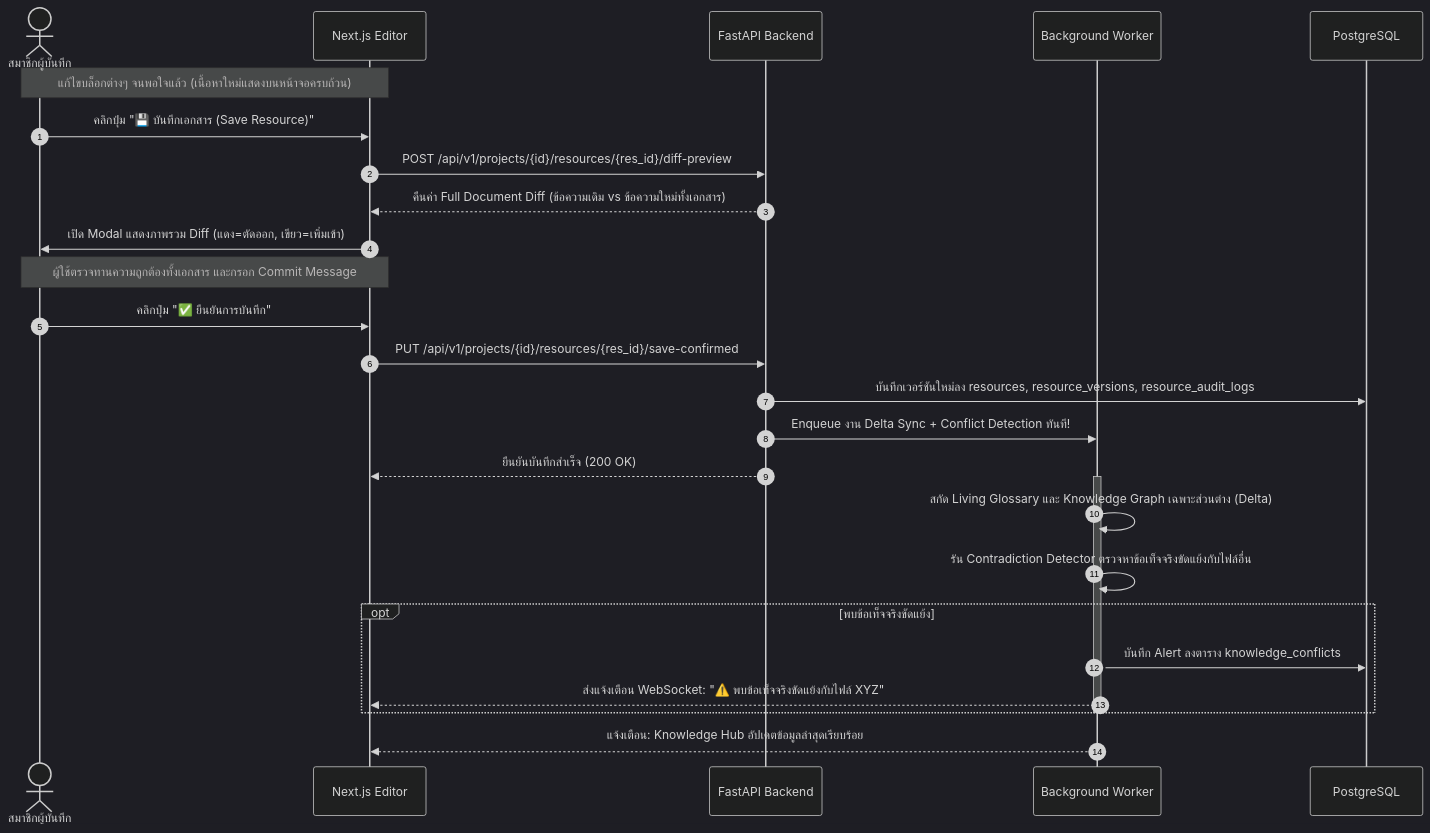
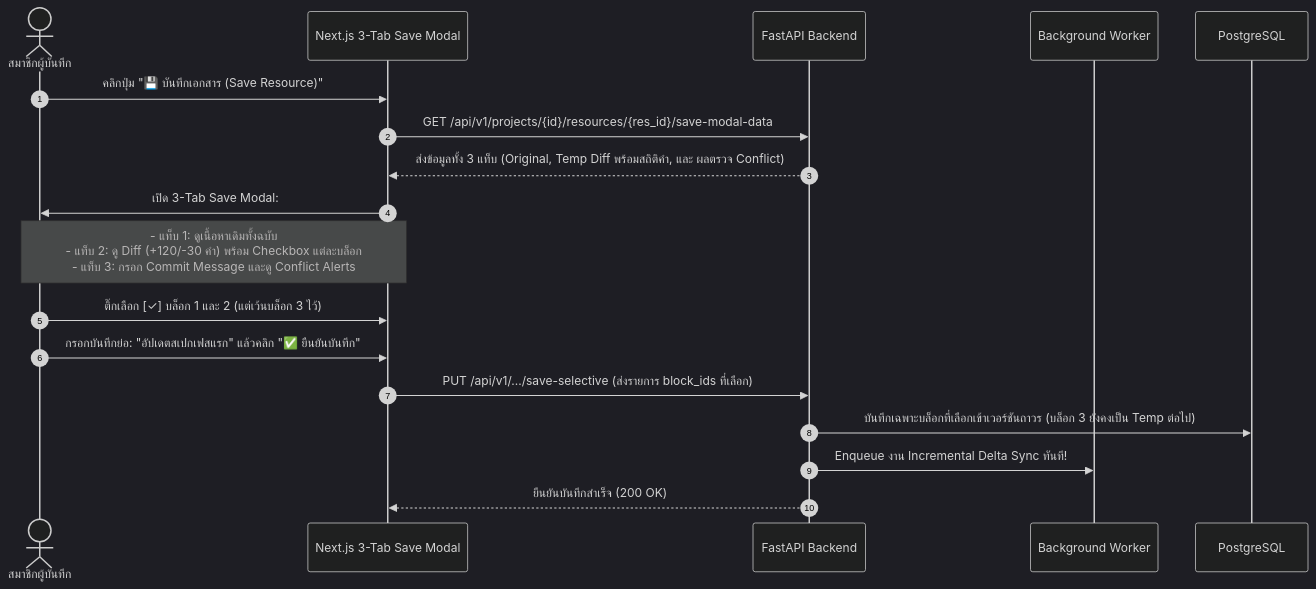
The second of 3 diagrams in docs/02_USER_JOURNEY_AND_FLOWS.md (kelsonwinith/app.projectP), drawn with Mermaid (dark theme) before and after one commit. The commit also changed other lines of this file and 6 other files, not shown here.

````diff
--- a/docs/02_USER_JOURNEY_AND_FLOWS.md
+++ b/docs/02_USER_JOURNEY_AND_FLOWS.md
@@ -40,35 +40,24 @@
 ```mermaid
 sequenceDiagram
     autonumber
     actor User as สมาชิกผู้บันทึก
-    participant UI as Next.js Editor
+    participant UI as Next.js 3-Tab Save Modal
     participant API as FastAPI Backend
     participant Worker as Background Worker
     participant DB as PostgreSQL
 
-    Note over User,UI: แก้ไขบล็อกต่างๆ จนพอใจแล้ว (เนื้อหาใหม่แสดงบนหน้าจอครบถ้วน)
     User->>UI: คลิกปุ่ม "💾 บันทึกเอกสาร (Save Resource)"
+    UI->>API: GET /api/v1/projects/{id}/resources/{res_id}/save-modal-data
+    API-->>UI: ส่งข้อมูลทั้ง 3 แท็บ (Original, Temp Diff พร้อมสถิติคำ, และ ผลตรวจ Conflict)
     
-    UI->>API: POST /api/v1/projects/{id}/resources/{res_id}/diff-preview
-    API-->>UI: คืนค่า Full Document Diff (ข้อความเดิม vs ข้อความใหม่ทั้งเอกสาร)
+    UI->>User: เปิด 3-Tab Save Modal:
+    Note over UI,User: - แท็บ 1: ดูเนื้อหาเดิมทั้งฉบับ<br/>- แท็บ 2: ดู Diff (+120/-30 คำ) พร้อม Checkbox แต่ละบล็อก<br/>- แท็บ 3: กรอก Commit Message และดู Conflict Alerts
     
-    UI->>User: เปิด Modal แสดงภาพรวม Diff (แดง=ตัดออก, เขียว=เพิ่มเข้า)
-    Note over UI,User: ผู้ใช้ตรวจทานความถูกต้องทั้งเอกสาร และกรอก Commit Message
-    User->>UI: คลิกปุ่ม "✅ ยืนยันการบันทึก"
+    User->>UI: ติ๊กเลือก [✓] บล็อก 1 และ 2 (แต่เว้นบล็อก 3 ไว้)
+    User->>UI: กรอกบันทึกย่อ: "อัปเดตสเปกเฟสแรก" แล้วคลิก "✅ ยืนยันบันทึก"
     
-    UI->>API: PUT /api/v1/projects/{id}/resources/{res_id}/save-confirmed
-    API->>DB: บันทึกเวอร์ชันใหม่ลง resources, resource_versions, resource_audit_logs
-    API->>Worker: Enqueue งาน Delta Sync + Conflict Detection ทันที!
+    UI->>API: PUT /api/v1/.../save-selective (ส่งรายการ block_ids ที่เลือก)
+    API->>DB: บันทึกเฉพาะบล็อกที่เลือกเข้าเวอร์ชันถาวร (บล็อก 3 ยังคงเป็น Temp ต่อไป)
+    API->>Worker: Enqueue งาน Incremental Delta Sync ทันที!
     API-->>UI: ยืนยันบันทึกสำเร็จ (200 OK)
-    
-    activate Worker
-    Worker->>Worker: สกัด Living Glossary และ Knowledge Graph เฉพาะส่วนต่าง (Delta)
-    Worker->>Worker: รัน Contradiction Detector ตรวจหาข้อเท็จจริงขัดแย้งกับไฟล์อื่น
-    opt พบข้อเท็จจริงขัดแย้ง
-        Worker->>DB: บันทึก Alert ลงตาราง knowledge_conflicts
-        Worker-->>UI: ส่งแจ้งเตือน WebSocket: "⚠️ พบข้อเท็จจริงขัดแย้งกับไฟล์ XYZ"
-    end
-    deactivate Worker
-    
-    Worker-->>UI: แจ้งเตือน: Knowledge Hub อัปเดตข้อมูลล่าสุดเรียบร้อย
 ```
````
